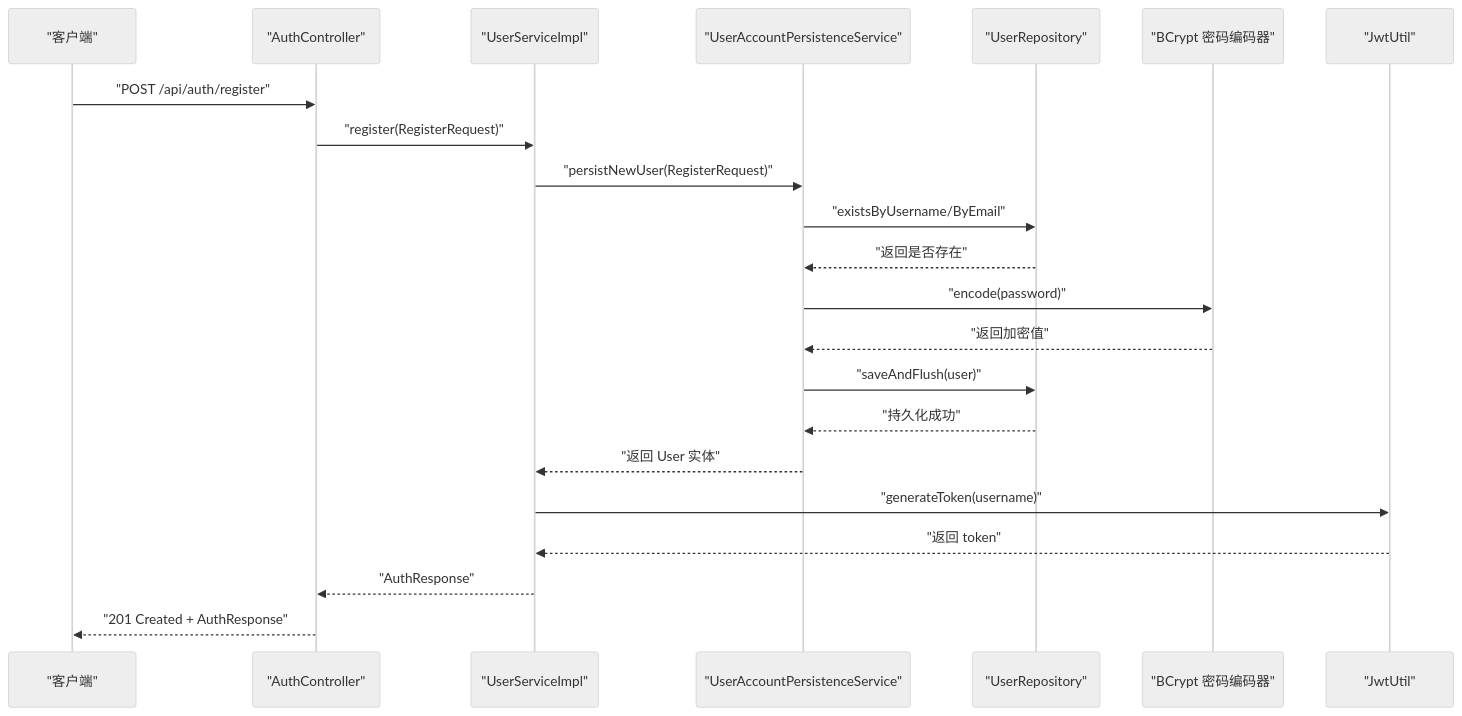
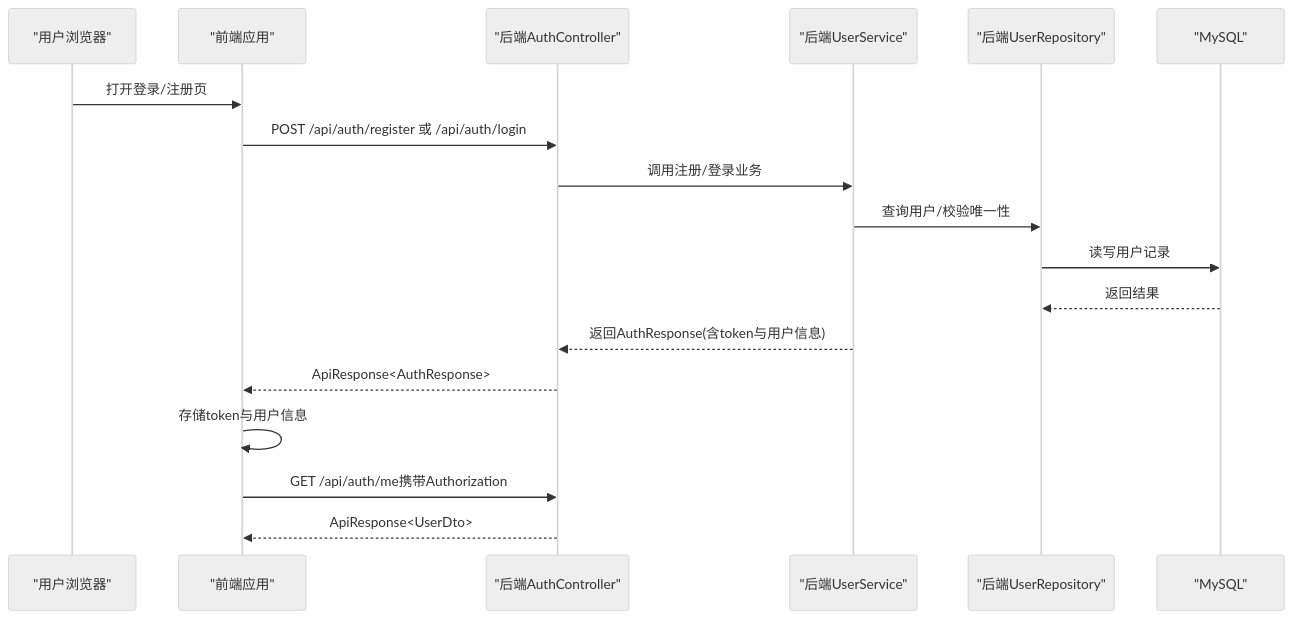
One commit to koala-xiong/communication-qoder changed the second of 3 diagrams in .qoder/repowiki/zh/content/用户管理系统/用户管理系统.md. Above: the diagram before and after it, drawn with Mermaid (neutral theme). The commit also changed other lines of this file and 73 other files, not shown here.

````diff
--- a/.qoder/repowiki/zh/content/用户管理系统/用户管理系统.md
+++ b/.qoder/repowiki/zh/content/用户管理系统/用户管理系统.md
@@ -354,24 +124,20 @@
 ```mermaid
 sequenceDiagram
-participant C as "客户端"
-participant AU as "AuthController"
-participant US as "UserServiceImpl"
-participant UAPS as "UserAccountPersistenceService"
-participant UR as "UserRepository"
-participant JE as "BCrypt 密码编码器"
-participant JT as "JwtUtil"
-C->>AU : "POST /api/auth/register"
-AU->>US : "register(RegisterRequest)"
-US->>UAPS : "persistNewUser(RegisterRequest)"
-UAPS->>UR : "existsByUsername/ByEmail"
-UR-->>UAPS : "返回是否存在"
-UAPS->>JE : "encode(password)"
-JE-->>UAPS : "返回加密值"
-UAPS->>UR : "saveAndFlush(user)"
-UR-->>UAPS : "持久化成功"
-UAPS-->>US : "返回 User 实体"
-US->>JT : "generateToken(username)"
-JT-->>US : "返回 token"
-US-->>AU : "AuthResponse"
-AU-->>C : "201 Created + AuthResponse"
+participant U as "用户浏览器"
+participant FE as "前端应用"
+participant AC as "后端AuthController"
+participant US as "后端UserService"
+participant UR as "后端UserRepository"
+participant DB as "MySQL"
+U->>FE : 打开登录/注册页
+FE->>AC : POST /api/auth/register 或 /api/auth/login
+AC->>US : 调用注册/登录业务
+US->>UR : 查询用户/校验唯一性
+UR->>DB : 读写用户记录
+DB-->>UR : 返回结果
+US-->>AC : 返回AuthResponse(含token与用户信息)
+AC-->>FE : ApiResponse<AuthResponse>
+FE->>FE : 存储token与用户信息
+FE->>AC : GET /api/auth/me携带Authorization
+AC-->>FE : ApiResponse<UserDto>
 ```
````
